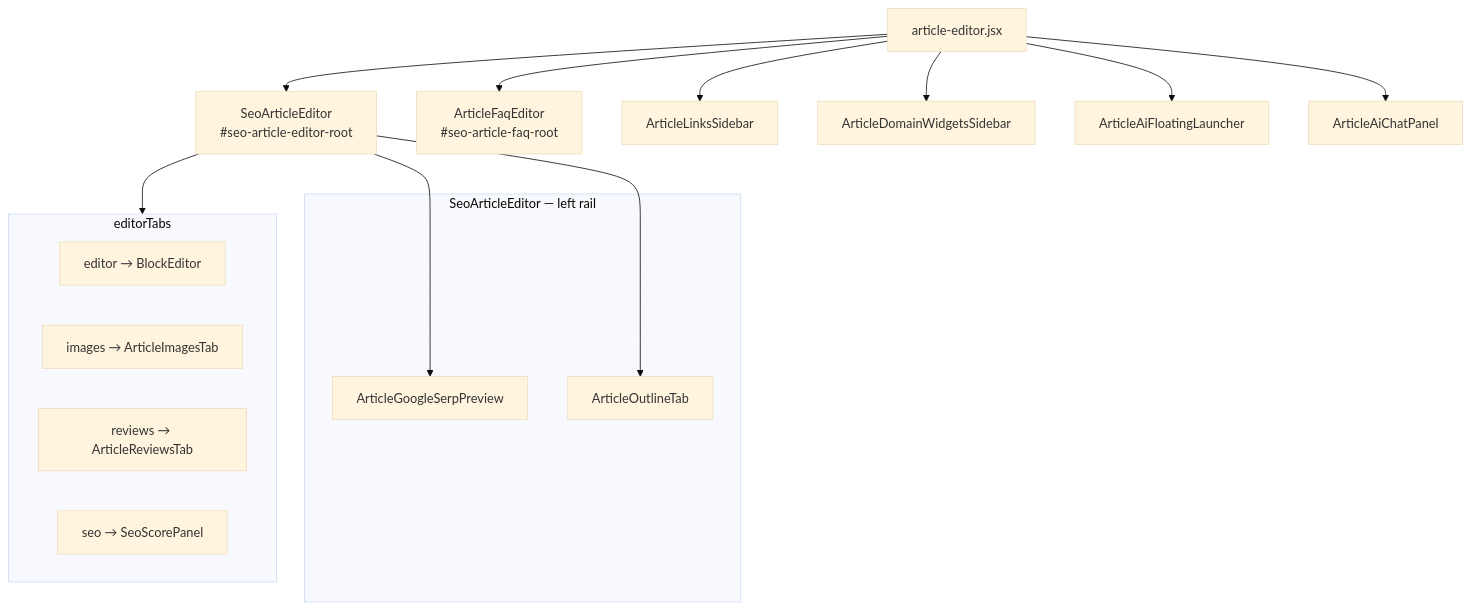
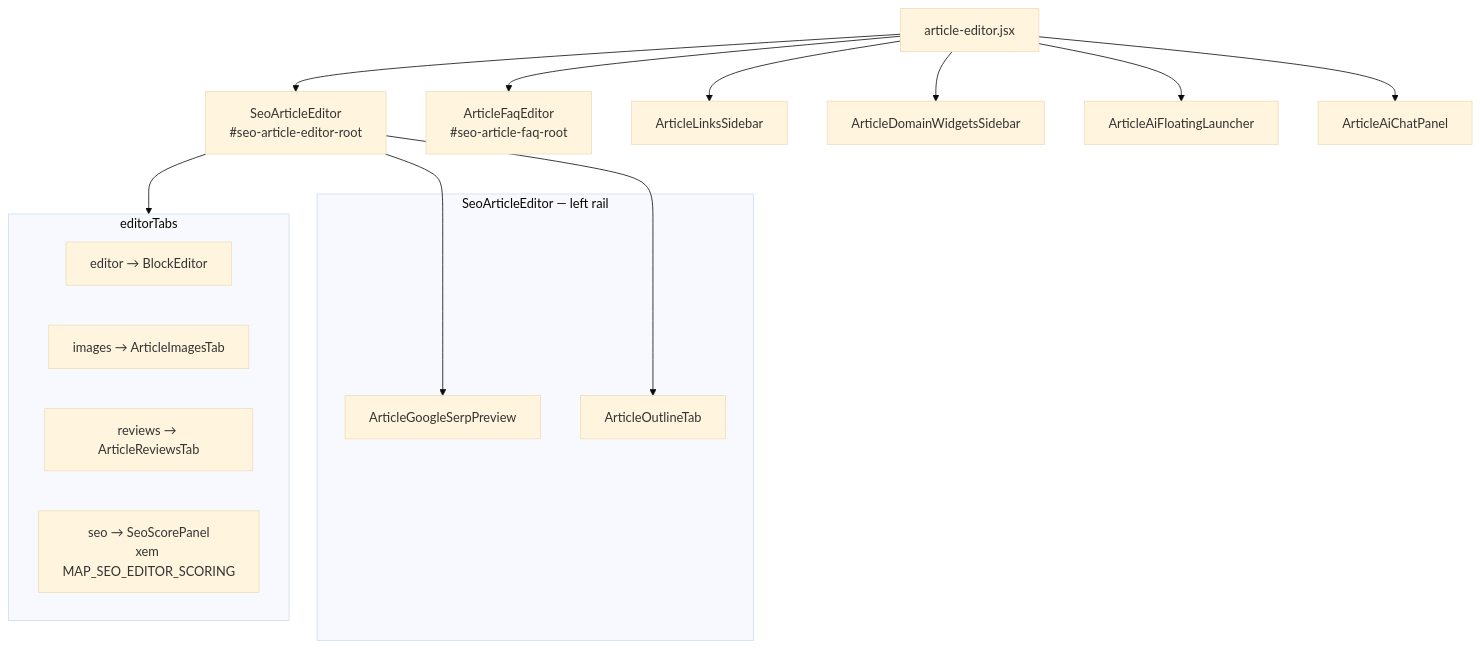
The second of 8 diagrams in docs/MAP_SEO_EDITOR.md (trung8356621/omnichannel-backend), drawn with Mermaid (base theme) before and after one commit. The commit also changed other lines of this file and 122 other files, not shown here.

````diff
--- a/docs/MAP_SEO_EDITOR.md
+++ b/docs/MAP_SEO_EDITOR.md
@@ -58,25 +58,25 @@
 ```mermaid
 flowchart TB
     ENTRY["article-editor.jsx"]
 
     ENTRY --> EDITOR["SeoArticleEditor<br/>#seo-article-editor-root"]
     ENTRY --> FAQ["ArticleFaqEditor<br/>#seo-article-faq-root"]
     ENTRY --> LINKS["ArticleLinksSidebar"]
     ENTRY --> WIDGETS["ArticleDomainWidgetsSidebar"]
     ENTRY --> LAUNCHER["ArticleAiFloatingLauncher"]
     ENTRY --> CHAT["ArticleAiChatPanel"]
 
     subgraph SE["SeoArticleEditor — left rail"]
         SERP["ArticleGoogleSerpPreview"]
         OUTLINE["ArticleOutlineTab"]
     end
 
     subgraph TABS["editorTabs"]
         TAB_ED["editor → BlockEditor"]
         TAB_IMG["images → ArticleImagesTab"]
         TAB_REV["reviews → ArticleReviewsTab"]
-        TAB_SEO["seo → SeoScorePanel"]
+        TAB_SEO["seo → SeoScorePanel<br/>xem MAP_SEO_EDITOR_SCORING"]
     end
 
     EDITOR --> SERP & OUTLINE & TABS
 ```
````
